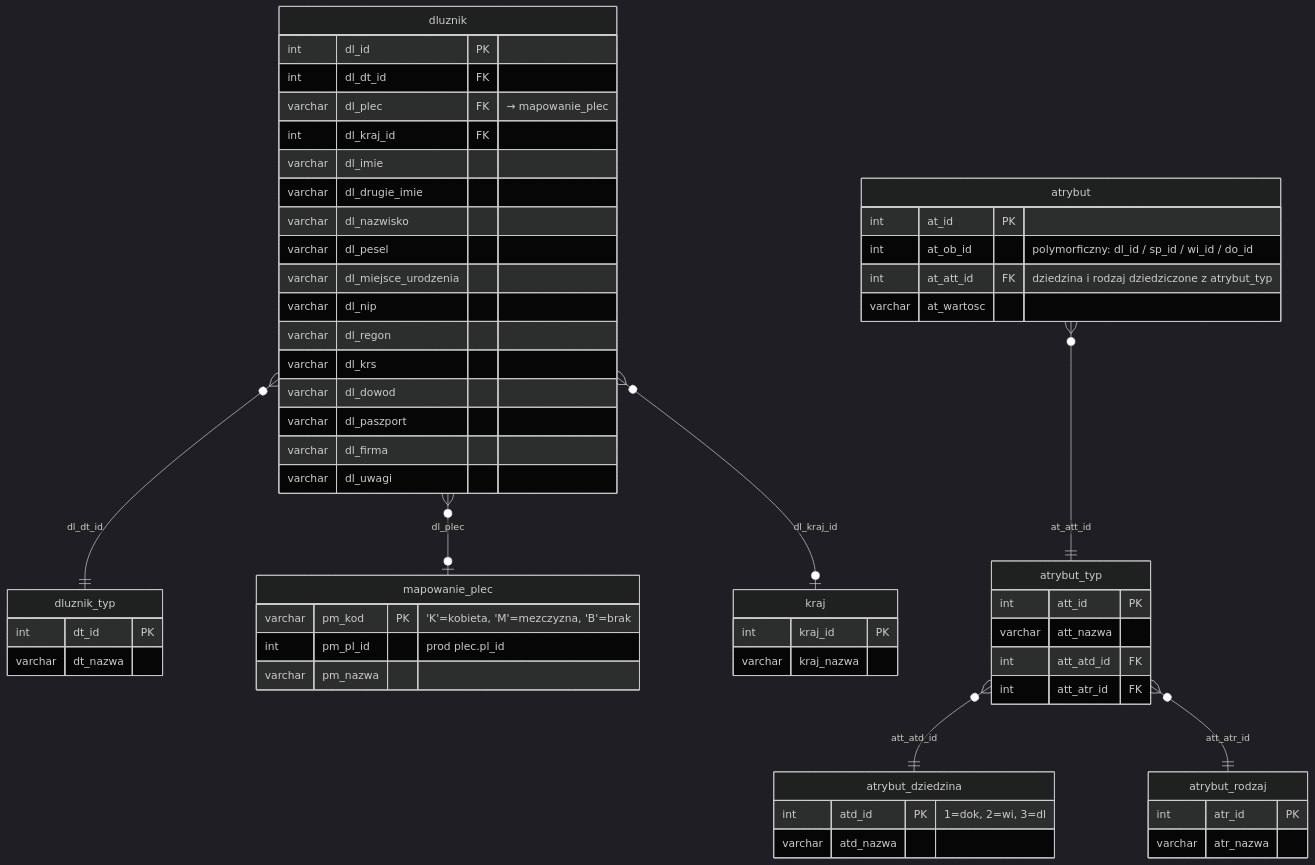
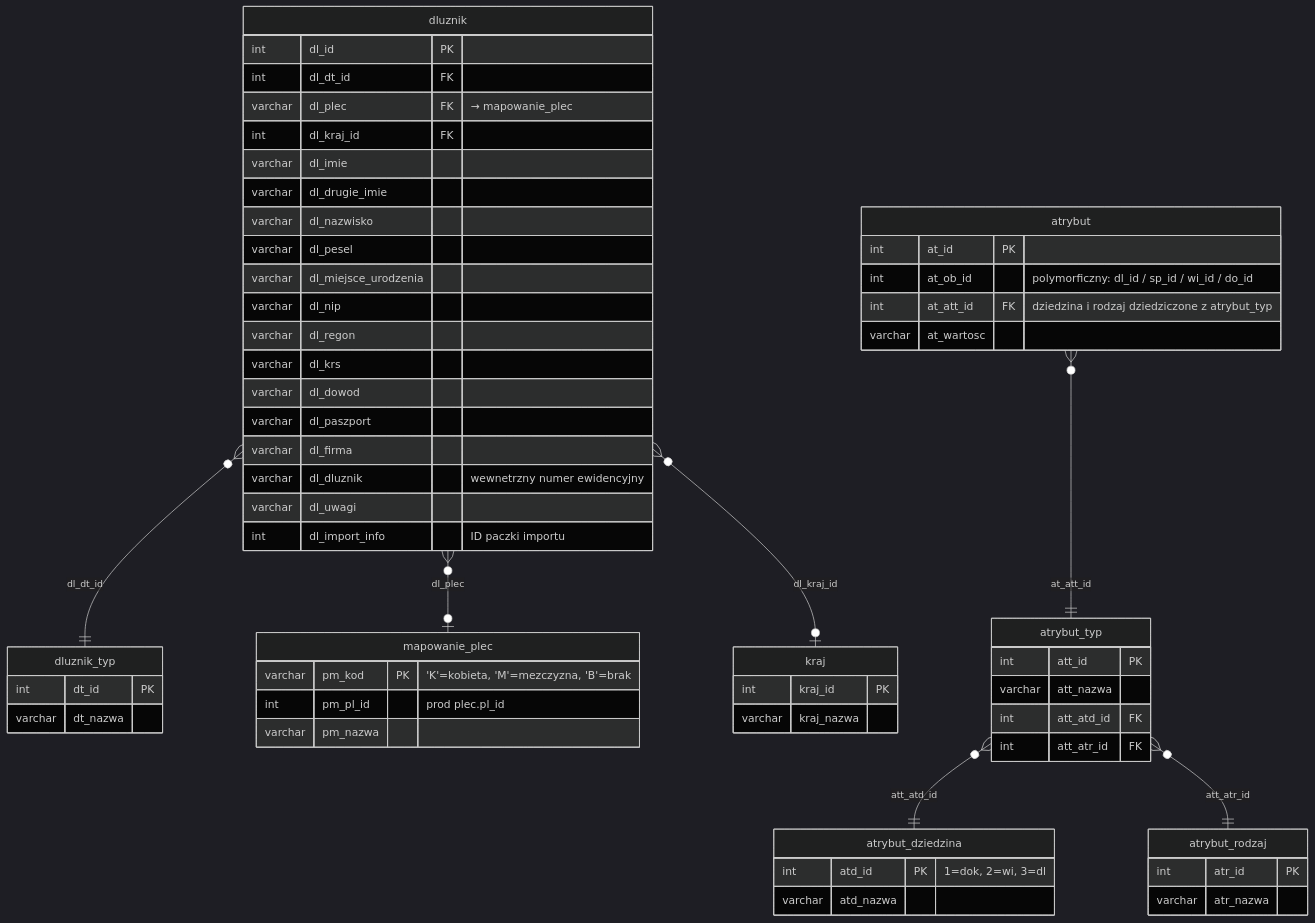
The diagram in docs/struktura-stagingu/dluznicy.md (oskar-bialek-bakk/intrum-migration-docs), drawn with Mermaid (dark theme) before and after one commit. The commit also changed 6 other files, not shown here.

````diff
--- a/docs/struktura-stagingu/dluznicy.md
+++ b/docs/struktura-stagingu/dluznicy.md
@@ -26,68 +26,70 @@
 ```mermaid
 erDiagram
     dluznik_typ {
         int     dt_id    PK
         varchar dt_nazwa
     }
 
     mapowanie_plec {
         varchar pm_kod    PK  "'K'=kobieta, 'M'=mezczyzna, 'B'=brak"
         int     pm_pl_id      "prod plec.pl_id"
         varchar pm_nazwa
     }
 
     dluznik {
         int     dl_id                PK
         int     dl_dt_id             FK
         varchar dl_plec              FK  "→ mapowanie_plec"
         int     dl_kraj_id           FK
         varchar dl_imie
         varchar dl_drugie_imie
         varchar dl_nazwisko
         varchar dl_pesel
         varchar dl_miejsce_urodzenia
         varchar dl_nip
         varchar dl_regon
         varchar dl_krs
         varchar dl_dowod
         varchar dl_paszport
         varchar dl_firma
+        varchar dl_dluznik           "wewnetrzny numer ewidencyjny"
         varchar dl_uwagi
+        int     dl_import_info       "ID paczki importu"
     }
 
     kraj {
         int     kraj_id    PK
         varchar kraj_nazwa
     }
 
     atrybut_dziedzina {
         int     atd_id    PK   "1=dok, 2=wi, 3=dl"
         varchar atd_nazwa
     }
 
     atrybut_rodzaj {
         int     atr_id    PK
         varchar atr_nazwa
     }
 
     atrybut_typ {
         int     att_id     PK
         varchar att_nazwa
         int     att_atd_id FK
         int     att_atr_id FK
     }
 
     atrybut {
         int     at_id     PK
         int     at_ob_id       "polymorficzny: dl_id / sp_id / wi_id / do_id"
         int     at_att_id FK   "dziedzina i rodzaj dziedziczone z atrybut_typ"
         varchar at_wartosc
     }
 
     dluznik     }o--||  dluznik_typ       : "dl_dt_id"
     dluznik     }o--o|  mapowanie_plec    : "dl_plec"
     dluznik     }o--o|  kraj              : "dl_kraj_id"
     atrybut     }o--||  atrybut_typ       : "at_att_id"
     atrybut_typ }o--||  atrybut_dziedzina : "att_atd_id"
     atrybut_typ }o--||  atrybut_rodzaj    : "att_atr_id"
 ```
````
